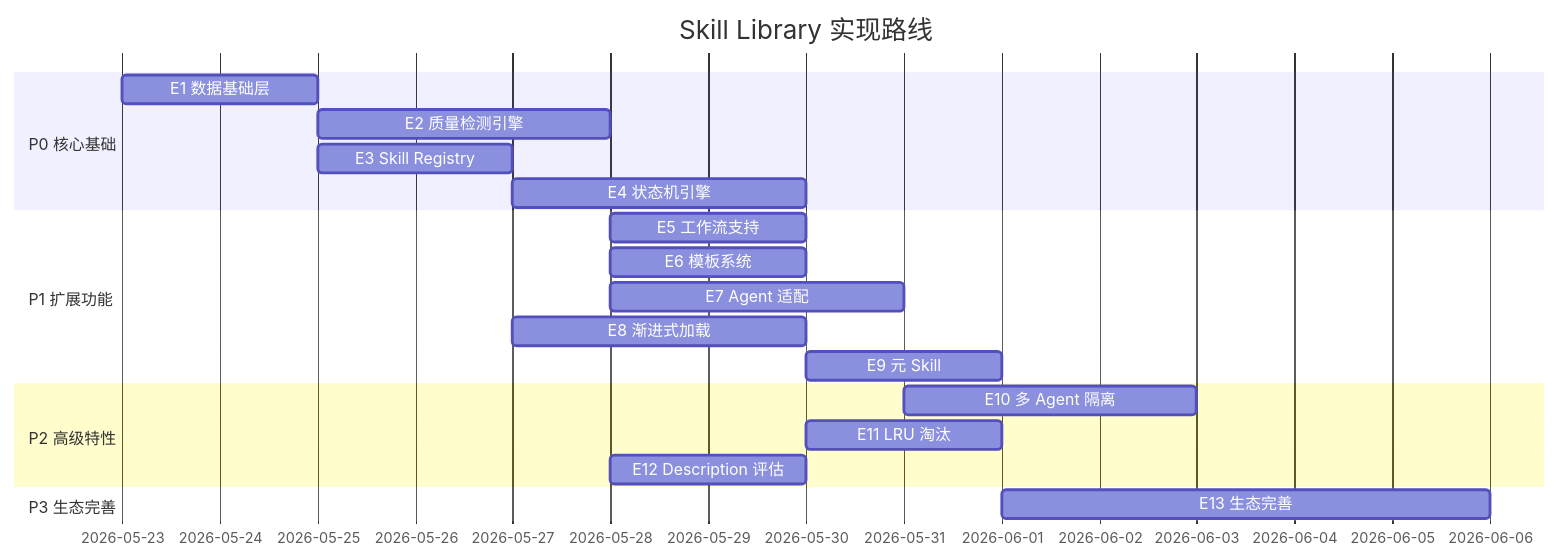
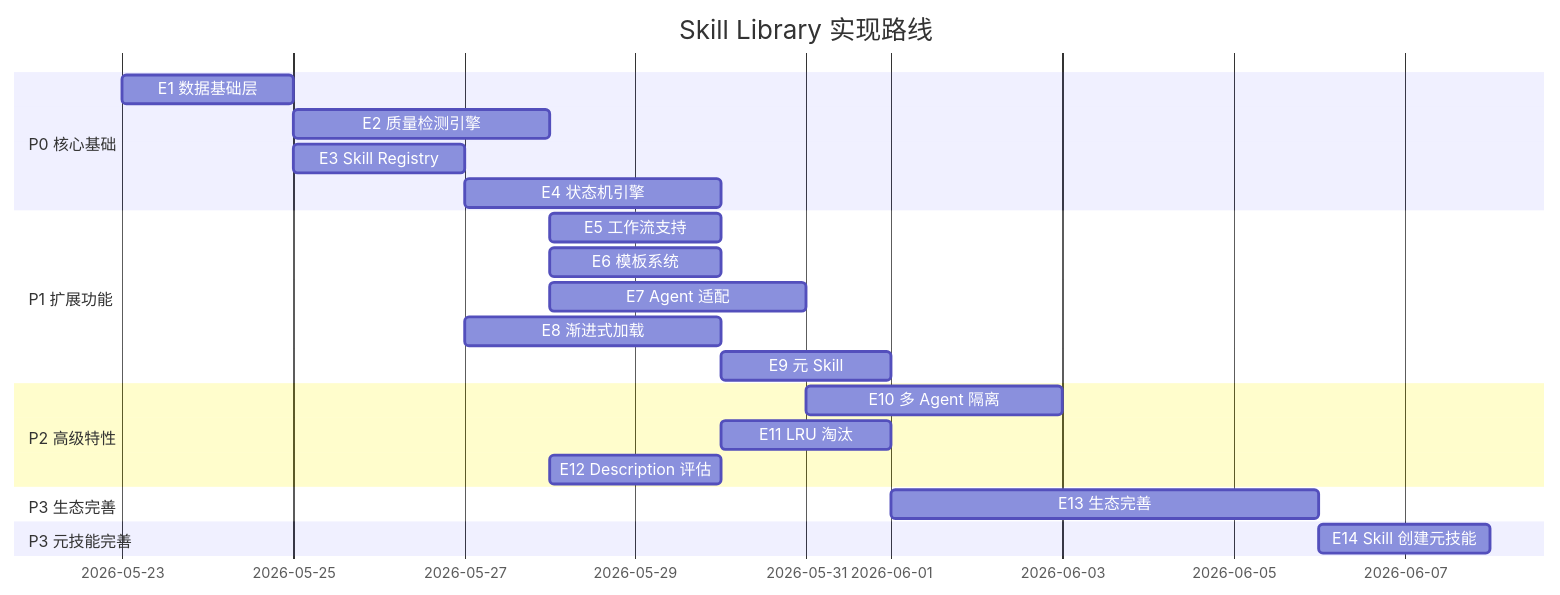
One commit to JackSmith111977/Skill-Library changed the fourth of 7 diagrams in IMPLEMENTATION.md. Above: the diagram before and after it, drawn with Mermaid. The commit also changed other lines of this file and 15 other files, not shown here.

First line of the commit message:
feat: Epic 14 Skill 创建元技能 — skill-creator + workflow-creator

````diff
--- a/IMPLEMENTATION.md
+++ b/IMPLEMENTATION.md
@@ -131,22 +134,24 @@
 ```mermaid
 gantt
     title Skill Library 实现路线
     dateFormat  YYYY-MM-DD
     section P0 核心基础
     E1 数据基础层           :e1, 2026-05-23, 2d
     E2 质量检测引擎         :e2, after e1, 3d
     E3 Skill Registry       :e3, after e1, 2d
     E4 状态机引擎           :e4, after e3, 3d
     section P1 扩展功能
     E5 工作流支持           :e5, after e2, 2d
     E6 模板系统             :e6, 2026-05-28, 2d
     E7 Agent 适配           :e7, 2026-05-28, 3d
     E8 渐进式加载           :e8, after e3, 3d
     E9 元 Skill             :e9, after e5, 2d
     section P2 高级特性
     E10 多 Agent 隔离       :e10, after e7, 3d
     E11 LRU 淘汰            :e11, after e8, 2d
     E12 Description 评估    :e12, after e2, 2d
     section P3 生态完善
     E13 生态完善            :e13, after e9, 5d
+    section P3 元技能完善
+    E14 Skill 创建元技能     :e14, after e13, 2d
 ```
````
